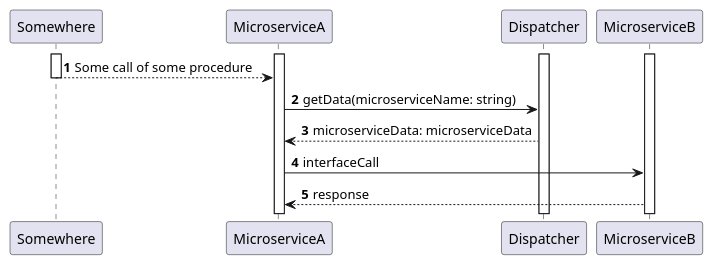
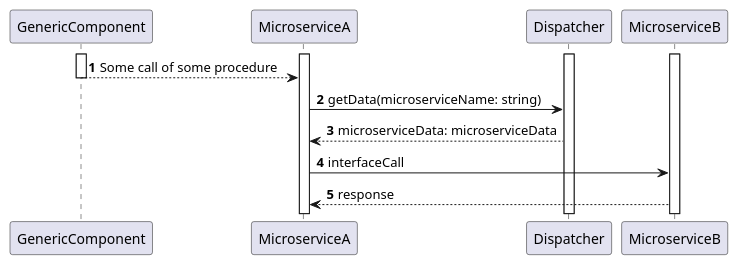
Before and after one commit to Angelo7672/SE2_Requirement-and-Design-Document: the diagram in _DD/Images/sequenceDiagrams/dispatcherSequenceDiagram.wsd, drawn with PlantUML. The commit also changed 13 other files, not shown here.

Commit message:
last 6 SD correction (DD document order), architecturalDesign, iitPlanning, userInterfaceDesign corrections

```diff
--- a/_DD/Images/sequenceDiagrams/dispatcherSequenceDiagram.wsd
+++ b/_DD/Images/sequenceDiagrams/dispatcherSequenceDiagram.wsd
@@ -1,21 +1,21 @@
 @startuml
 
 autonumber
-participant Somewhere as C
+participant GenericComponent as C
 participant MicroserviceA as A
 participant Dispatcher as D
 participant MicroserviceB as B
 
 activate A
 activate B
 activate C
 activate D
 
 C --> A: Some call of some procedure
 deactivate C
 A -> D: getData(microserviceName: string)
 D --> A: microserviceData: microserviceData
 A -> B: interfaceCall
 B --> A: response
 
 @enduml
```
